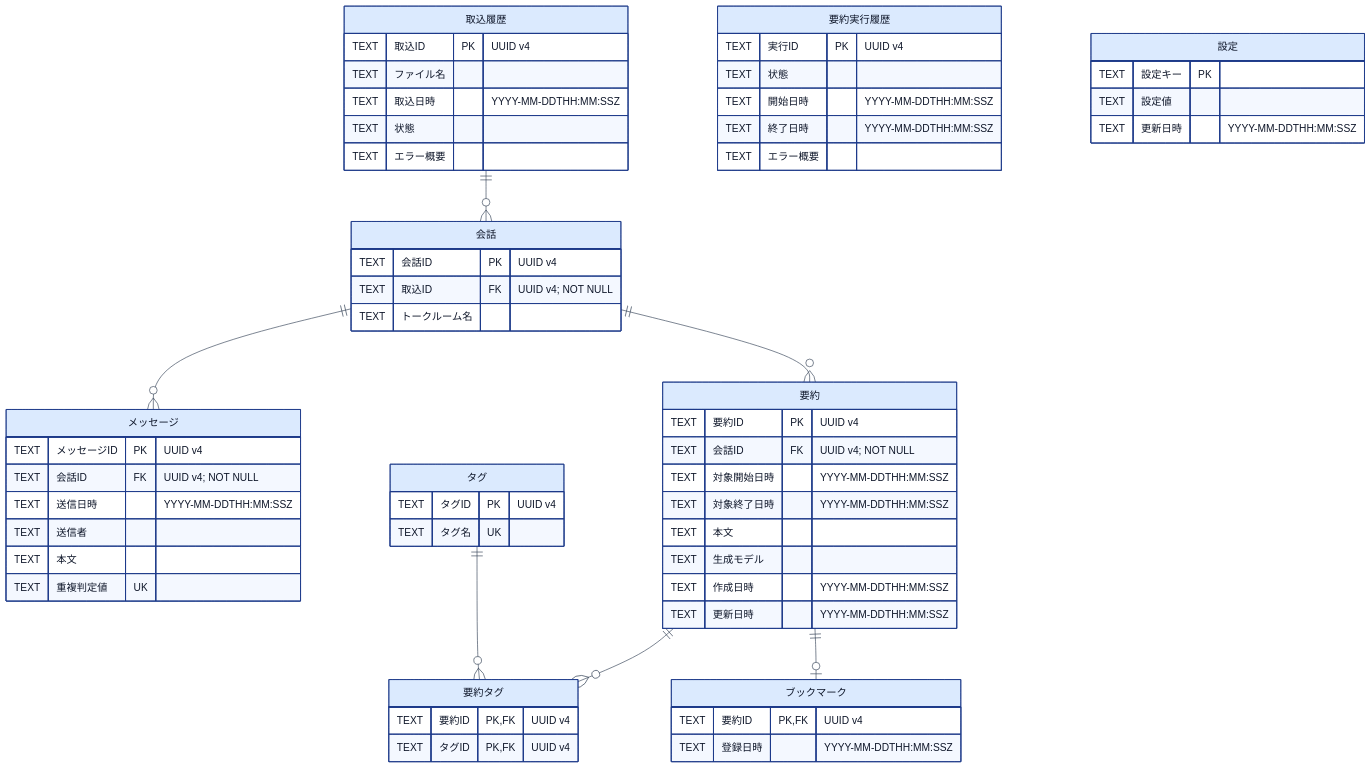
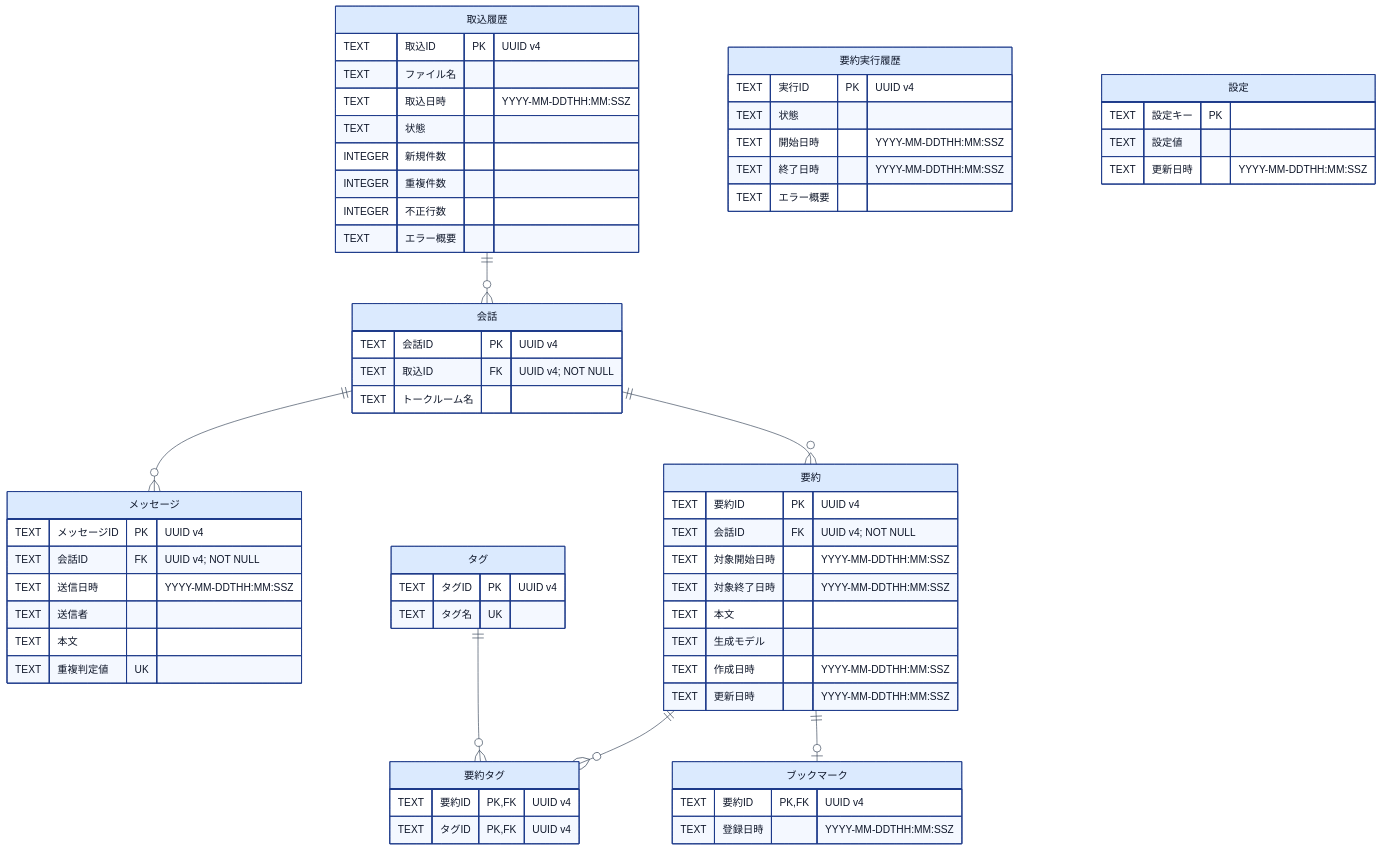
The first of 4 diagrams in docs/specifications/DB仕様書.md (syachiku-kun/tech-chat-notes), drawn with Mermaid before and after one commit. The commit also changed other lines of this file, not shown here.

````diff
--- a/docs/specifications/DB仕様書.md
+++ b/docs/specifications/DB仕様書.md
@@ -12,66 +65,69 @@
 ```mermaid
 %%{init: {"theme": "base", "themeVariables": {"primaryColor": "#DBEAFE", "primaryTextColor": "#0F172A", "primaryBorderColor": "#1E3A8A", "lineColor": "#334155", "textColor": "#0F172A"}, "er": {"fill": "#DBEAFE", "stroke": "#1E3A8A", "fontSize": 20}}}%%
 erDiagram
     direction TB
     import_batches ||--o{ conversations : ""
     conversations ||--o{ messages : ""
     conversations ||--o{ summaries : ""
     summaries ||--o{ summary_tags : ""
     tags ||--o{ summary_tags : ""
     summaries ||--o| bookmarks : ""
 
     import_batches["取込履歴"] {
         TEXT 取込ID PK "UUID v4"
         TEXT ファイル名
         TEXT 取込日時 "YYYY-MM-DDTHH:MM:SSZ"
         TEXT 状態
+        INTEGER 新規件数
+        INTEGER 重複件数
+        INTEGER 不正行数
         TEXT エラー概要
     }
     conversations["会話"] {
         TEXT 会話ID PK "UUID v4"
         TEXT 取込ID FK "UUID v4; NOT NULL"
         TEXT トークルーム名
     }
     messages["メッセージ"] {
         TEXT メッセージID PK "UUID v4"
         TEXT 会話ID FK "UUID v4; NOT NULL"
         TEXT 送信日時 "YYYY-MM-DDTHH:MM:SSZ"
         TEXT 送信者
         TEXT 本文
         TEXT 重複判定値 UK
     }
     summaries["要約"] {
         TEXT 要約ID PK "UUID v4"
         TEXT 会話ID FK "UUID v4; NOT NULL"
         TEXT 対象開始日時 "YYYY-MM-DDTHH:MM:SSZ"
         TEXT 対象終了日時 "YYYY-MM-DDTHH:MM:SSZ"
         TEXT 本文
         TEXT 生成モデル
         TEXT 作成日時 "YYYY-MM-DDTHH:MM:SSZ"
         TEXT 更新日時 "YYYY-MM-DDTHH:MM:SSZ"
     }
     tags["タグ"] {
         TEXT タグID PK "UUID v4"
         TEXT タグ名 UK
     }
     summary_tags["要約タグ"] {
         TEXT 要約ID PK,FK "UUID v4"
         TEXT タグID PK,FK "UUID v4"
     }
     bookmarks["ブックマーク"] {
         TEXT 要約ID PK,FK "UUID v4"
         TEXT 登録日時 "YYYY-MM-DDTHH:MM:SSZ"
     }
     summary_runs["要約実行履歴"] {
         TEXT 実行ID PK "UUID v4"
         TEXT 状態
         TEXT 開始日時 "YYYY-MM-DDTHH:MM:SSZ"
         TEXT 終了日時 "YYYY-MM-DDTHH:MM:SSZ"
         TEXT エラー概要
     }
     settings["設定"] {
         TEXT 設定キー PK
         TEXT 設定値
         TEXT 更新日時 "YYYY-MM-DDTHH:MM:SSZ"
     }
 ```
````
